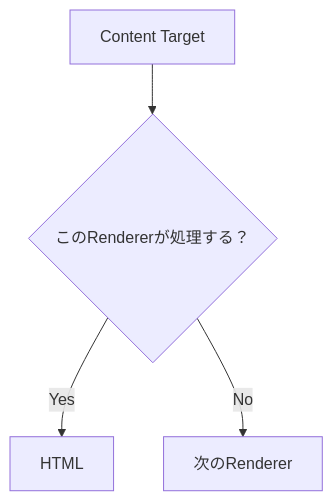
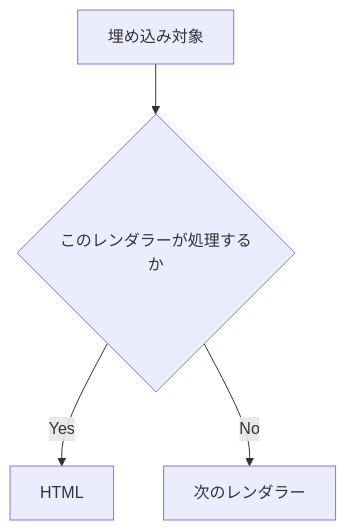
Before and after one commit to Rerurate514/riebeckite: the third of 8 diagrams in docs/docs/framework/plugin-system/pipeline.ja.md, drawn with Mermaid. The commit also changed other lines of this file and 310 other files, not shown here.

````diff
--- a/docs/docs/framework/plugin-system/pipeline.ja.md
+++ b/docs/docs/framework/plugin-system/pipeline.ja.md
@@ -160,9 +123,9 @@
 ```mermaid id="m5n3av"
 flowchart TD
-    Target["Content Target"]
-    Renderer{"このRendererが処理する？"}
+    Target["埋め込み対象"]
+    Renderer{"このレンダラーが処理するか"}
 
     Target --> Renderer
     Renderer -->|Yes| HTML["HTML"]
-    Renderer -->|No| Next["次のRenderer"]
+    Renderer -->|No| Next["次のレンダラー"]
 ```
````
